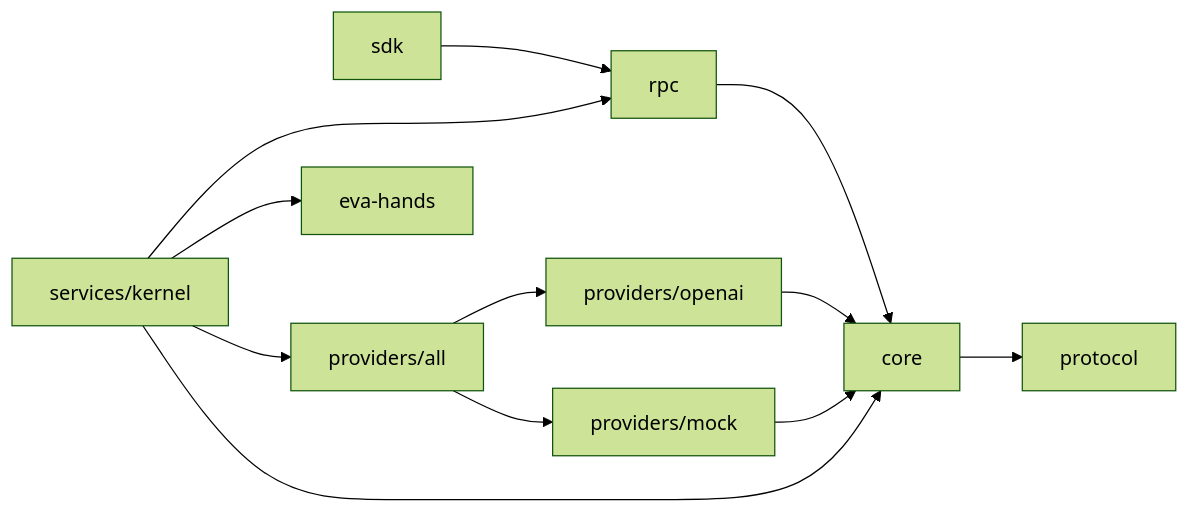
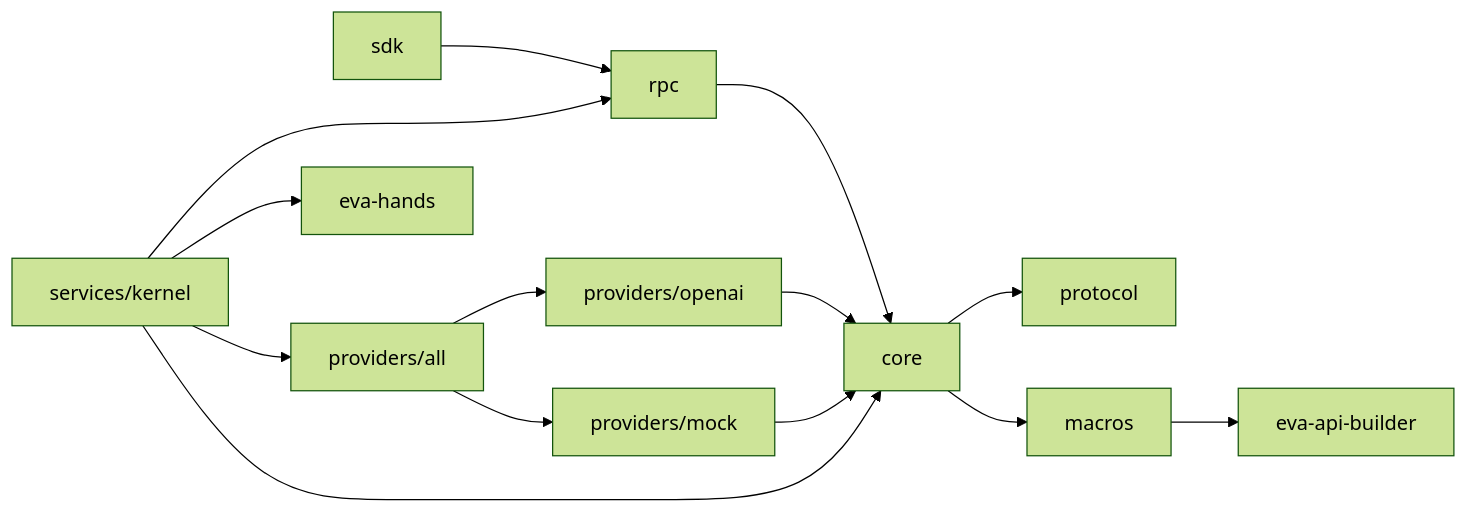
The diagram in README.md (eva-rs/kernel), drawn with Mermaid (forest theme) before and after one commit. The commit also changed other lines of this file and 13 other files, not shown here.

First line of the commit message:
Документация переезда на eva-api-builder

````diff
--- a/README.md
+++ b/README.md
@@ -34,14 +35,16 @@
 ```mermaid
 graph LR
   core --> protocol
+  core --> macros
+  macros --> builder[eva-api-builder]
   rpc --> core
   sdk --> rpc
   openai[providers/openai] --> core
   mock[providers/mock] --> core
   all[providers/all] --> openai
   all --> mock
   kernel[services/kernel] --> rpc
   kernel --> core
   kernel --> all
   kernel --> hands[eva-hands]
 ```
````
